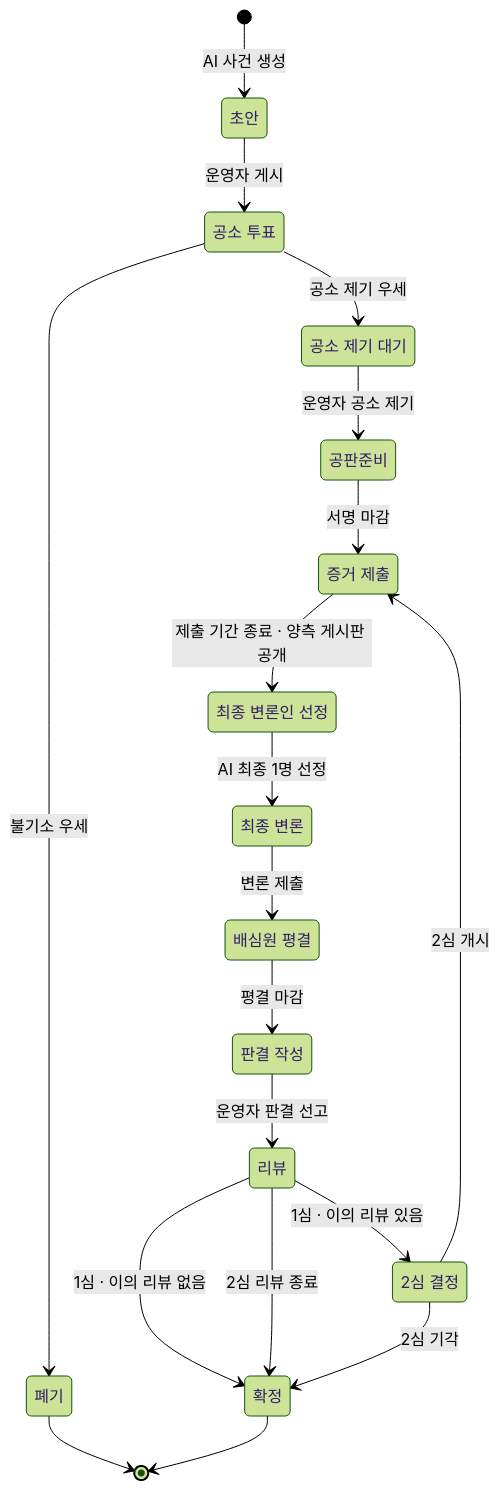
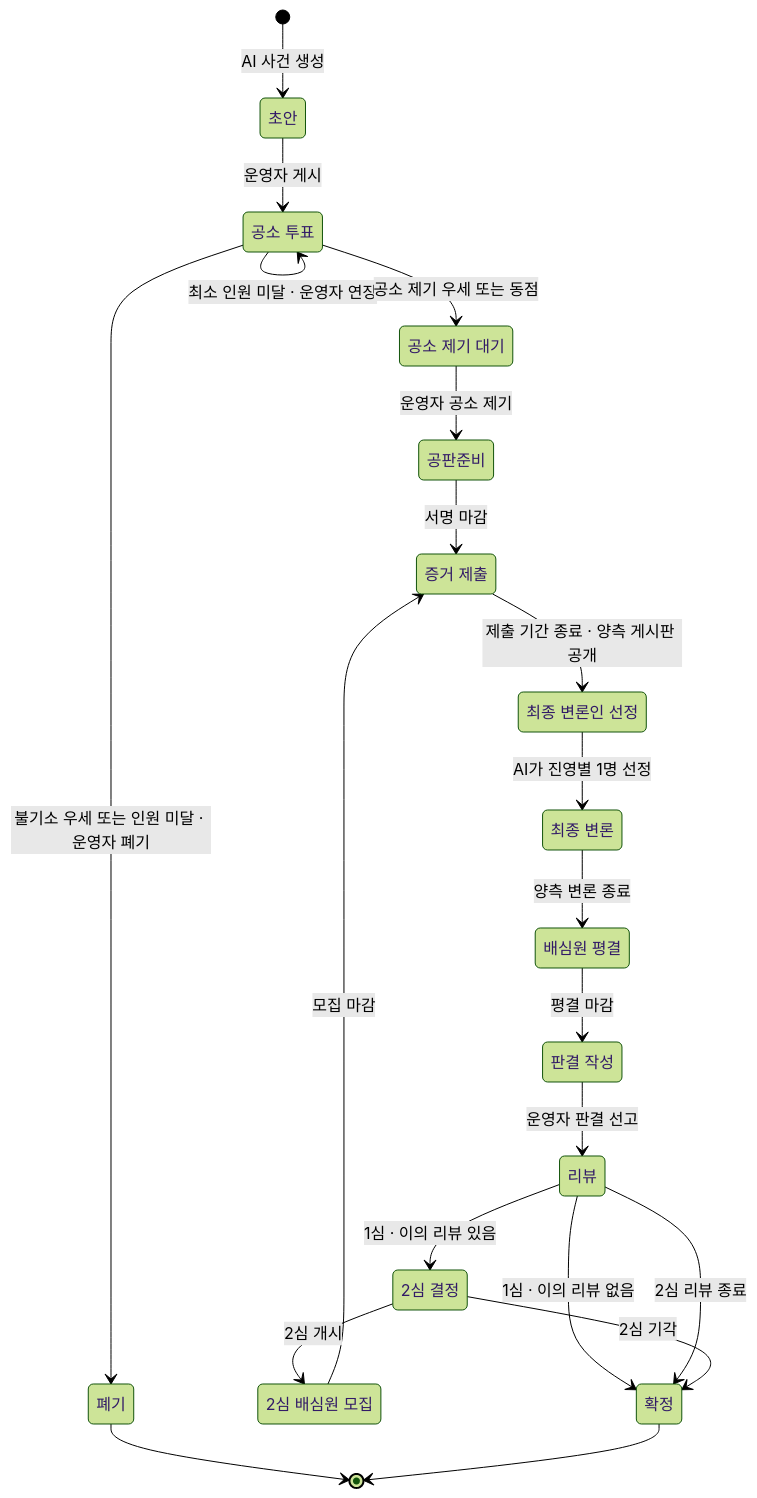
Before and after one commit to Code-Name-JS/virtual-courtroom: the first of 2 diagrams in docs/02-case-lifecycle.md, drawn with Mermaid (forest theme). The commit also changed other lines of this file and 2 other files, not shown here.

````diff
--- a/docs/02-case-lifecycle.md
+++ b/docs/02-case-lifecycle.md
@@ -9,35 +9,38 @@
 ```mermaid
 stateDiagram-v2
     state "초안" as DRAFT
     state "공소 투표" as INDICTMENT_VOTE
     state "폐기" as DISMISSED
     state "공소 제기 대기" as INDICTMENT_PENDING
     state "공판준비" as PRETRIAL
     state "증거 제출" as EVIDENCE
     state "최종 변론인 선정" as ADVOCATE_SELECTION
     state "최종 변론" as FINAL_ARGUMENT
     state "배심원 평결" as DELIBERATION
     state "판결 작성" as SENTENCING
     state "리뷰" as REVIEW
     state "2심 결정" as APPEAL_DECISION
+    state "2심 배심원 모집" as APPEAL_RECRUITMENT
     state "확정" as FINALIZED
 
     [*] --> DRAFT: AI 사건 생성
     DRAFT --> INDICTMENT_VOTE: 운영자 게시
-    INDICTMENT_VOTE --> DISMISSED: 불기소 우세
-    INDICTMENT_VOTE --> INDICTMENT_PENDING: 공소 제기 우세
+    INDICTMENT_VOTE --> INDICTMENT_VOTE: 최소 인원 미달 · 운영자 연장
+    INDICTMENT_VOTE --> DISMISSED: 불기소 우세 또는 인원 미달 · 운영자 폐기
+    INDICTMENT_VOTE --> INDICTMENT_PENDING: 공소 제기 우세 또는 동점
     INDICTMENT_PENDING --> PRETRIAL: 운영자 공소 제기
     PRETRIAL --> EVIDENCE: 서명 마감
     EVIDENCE --> ADVOCATE_SELECTION: 제출 기간 종료 · 양측 게시판 공개
-    ADVOCATE_SELECTION --> FINAL_ARGUMENT: AI 최종 1명 선정
-    FINAL_ARGUMENT --> DELIBERATION: 변론 제출
+    ADVOCATE_SELECTION --> FINAL_ARGUMENT: AI가 진영별 1명 선정
+    FINAL_ARGUMENT --> DELIBERATION: 양측 변론 종료
     DELIBERATION --> SENTENCING: 평결 마감
     SENTENCING --> REVIEW: 운영자 판결 선고
     REVIEW --> APPEAL_DECISION: 1심 · 이의 리뷰 있음
     REVIEW --> FINALIZED: 1심 · 이의 리뷰 없음
     REVIEW --> FINALIZED: 2심 리뷰 종료
-    APPEAL_DECISION --> EVIDENCE: 2심 개시
+    APPEAL_DECISION --> APPEAL_RECRUITMENT: 2심 개시
     APPEAL_DECISION --> FINALIZED: 2심 기각
+    APPEAL_RECRUITMENT --> EVIDENCE: 모집 마감
     DISMISSED --> [*]
     FINALIZED --> [*]
 ```
````
